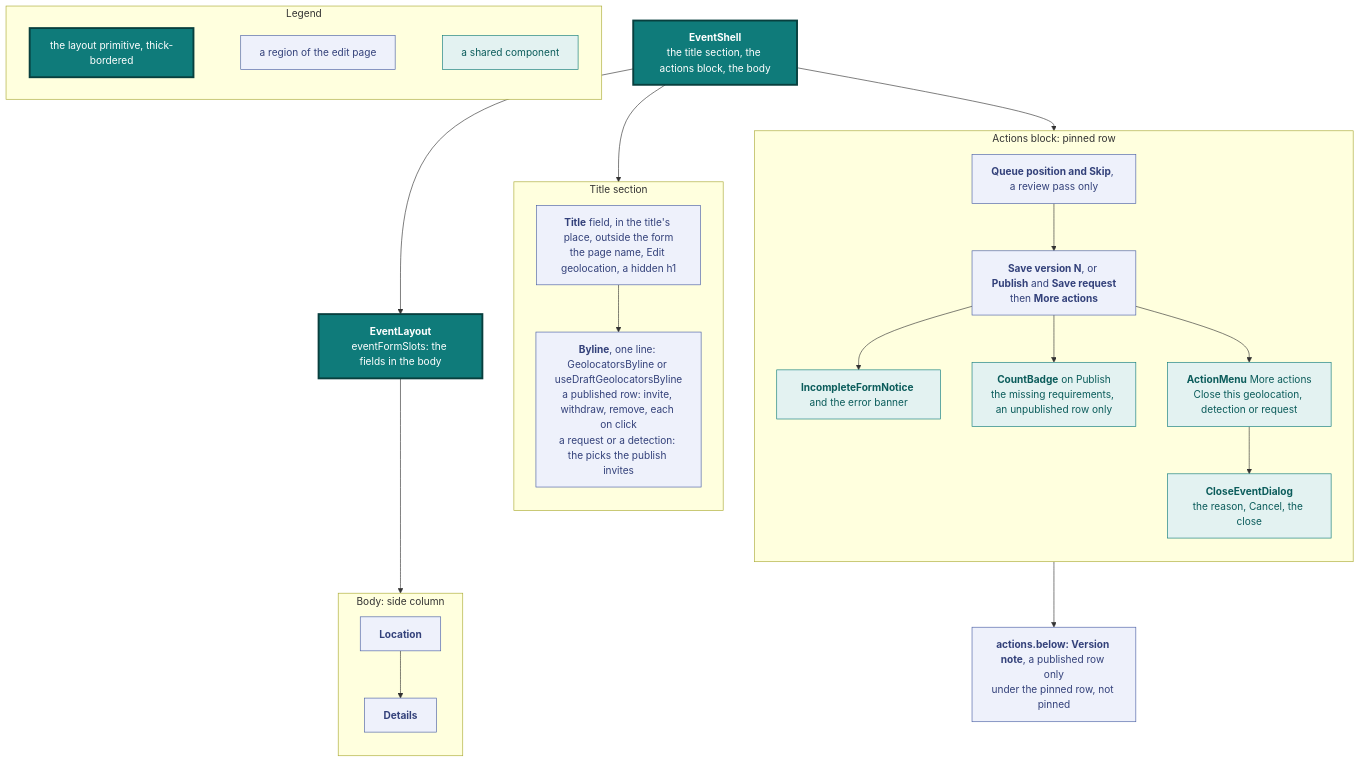
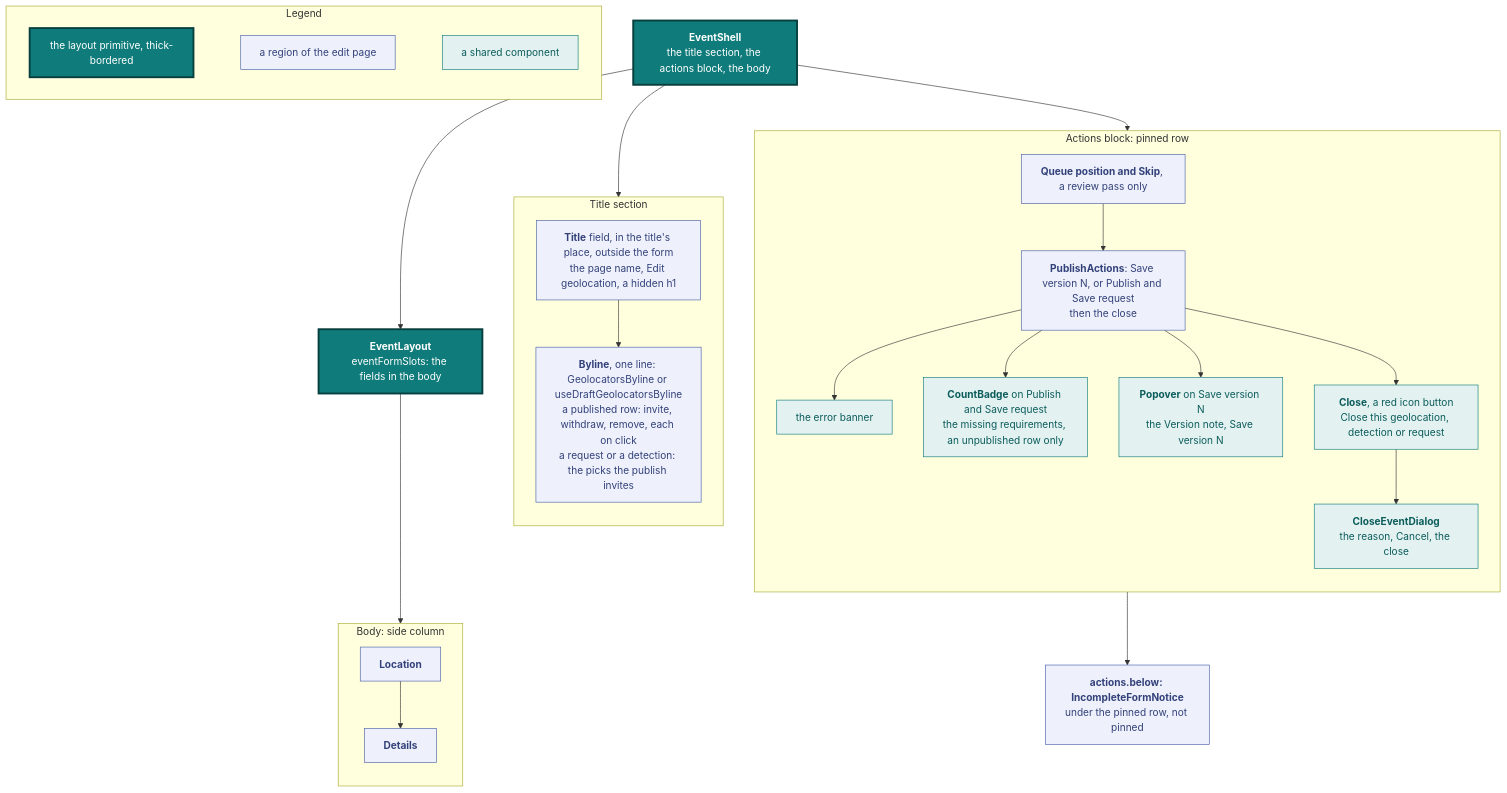
Before and after one commit to vidithq/vidit: diagram 11 of 15 in docs/design.md, drawn with Mermaid. The commit also changed other lines of this file and 1 other file, not shown here.

Commit message:
docs: describe the aligned event forms and their shared actions

````diff
--- a/docs/design.md
+++ b/docs/design.md
@@ -1044,60 +1044,63 @@
 ```mermaid
 flowchart TB
   classDef spec fill:#eef1fb,stroke:#4a5fa5,color:#33417a
   classDef shared fill:#e3f2f1,stroke:#0f7b7a,color:#0b5c5b
   classDef core fill:#0f7b7a,stroke:#083f3e,stroke-width:3px,color:#ffffff
 
   subgraph legend [Legend]
     direction LR
     l1["`the layout primitive, thick-bordered`"]:::core
     l2["`a region of the edit page`"]:::spec
     l3["`a shared component`"]:::shared
     l1 ~~~ l2 ~~~ l3
   end
 
   shell["`**EventShell**
   the title section, the actions block, the body`"]:::core
   layout["`**EventLayout**
   eventFormSlots: the fields in the body`"]:::core
 
   subgraph titlesection [Title section]
     direction TB
     title["`**Title** field, in the title's place, outside the form
     the page name, Edit geolocation, a hidden h1`"]:::spec
     byline["`**Byline**, one line: GeolocatorsByline or useDraftGeolocatorsByline
     a published row: invite, withdraw, remove, each on click
     a request or a detection: the picks the publish invites`"]:::spec
     title --> byline
   end
 
   subgraph rail [Actions block: pinned row]
     direction TB
     queue["`**Queue position and Skip**, a review pass only`"]:::spec
-    actions["`**Save version N**, or **Publish** and **Save request**
-    then **More actions**`"]:::spec
-    count["`**CountBadge** on Publish
+    actions["`**PublishActions**: Save version N, or Publish and Save request
+    then the close`"]:::spec
+    count["`**CountBadge** on Publish and Save request
     the missing requirements, an unpublished row only`"]:::shared
-    banners["`**IncompleteFormNotice** and the error banner`"]:::shared
-    menu["`**ActionMenu** More actions
+    banner["`the error banner`"]:::shared
+    popover["`**Popover** on Save version N
+    the Version note, Save version N`"]:::shared
+    close["`**Close**, a red icon button
     Close this geolocation, detection or request`"]:::shared
     dialog["`**CloseEventDialog**
     the reason, Cancel, the close`"]:::shared
-    queue --> actions --> banners
+    queue --> actions --> banner
     actions --> count
-    actions --> menu --> dialog
+    actions --> popover
+    actions --> close --> dialog
   end
 
-  note["`**actions.below: Version note**, a published row only
+  note["`**actions.below: IncompleteFormNotice**
   under the pinned row, not pinned`"]:::spec
 
   subgraph side [Body: side column]
     direction TB
     location["`**Location**`"]:::spec
     details["`**Details**`"]:::spec
     location --> details
   end
 
   shell --> titlesection
   shell --> rail --> note
   shell --> layout --> side
 ```
````
